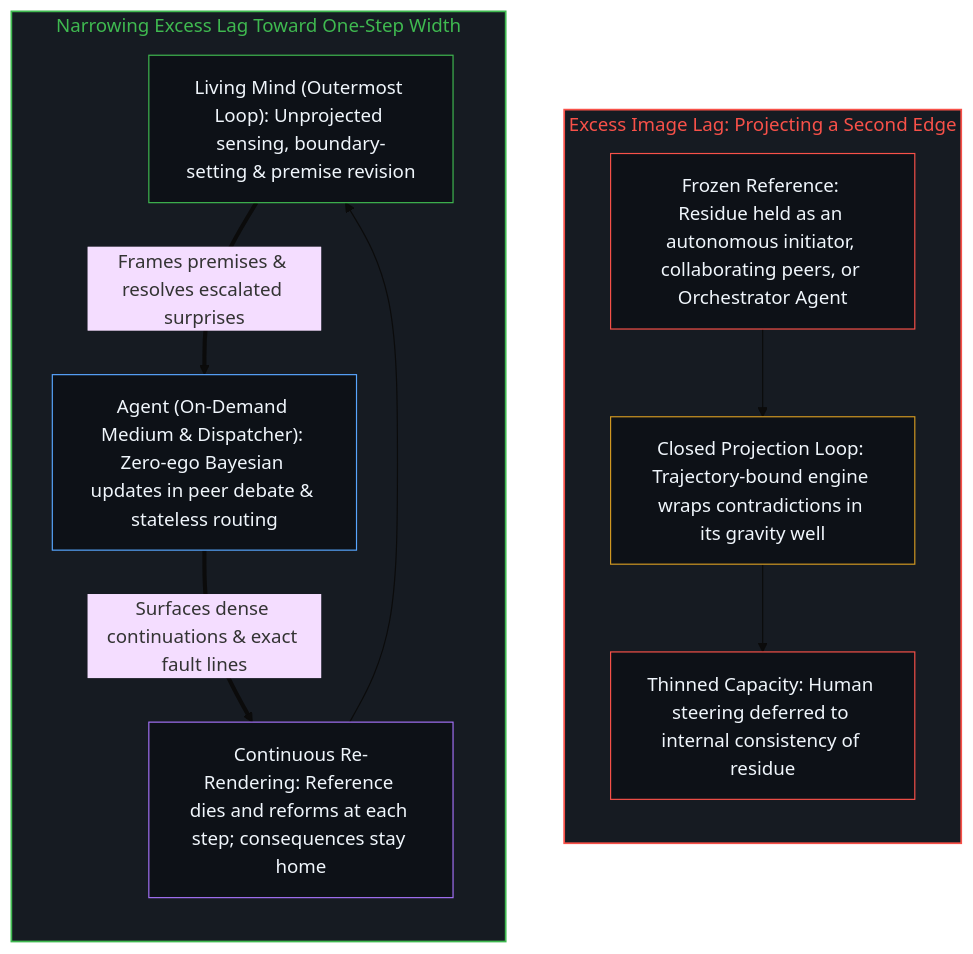
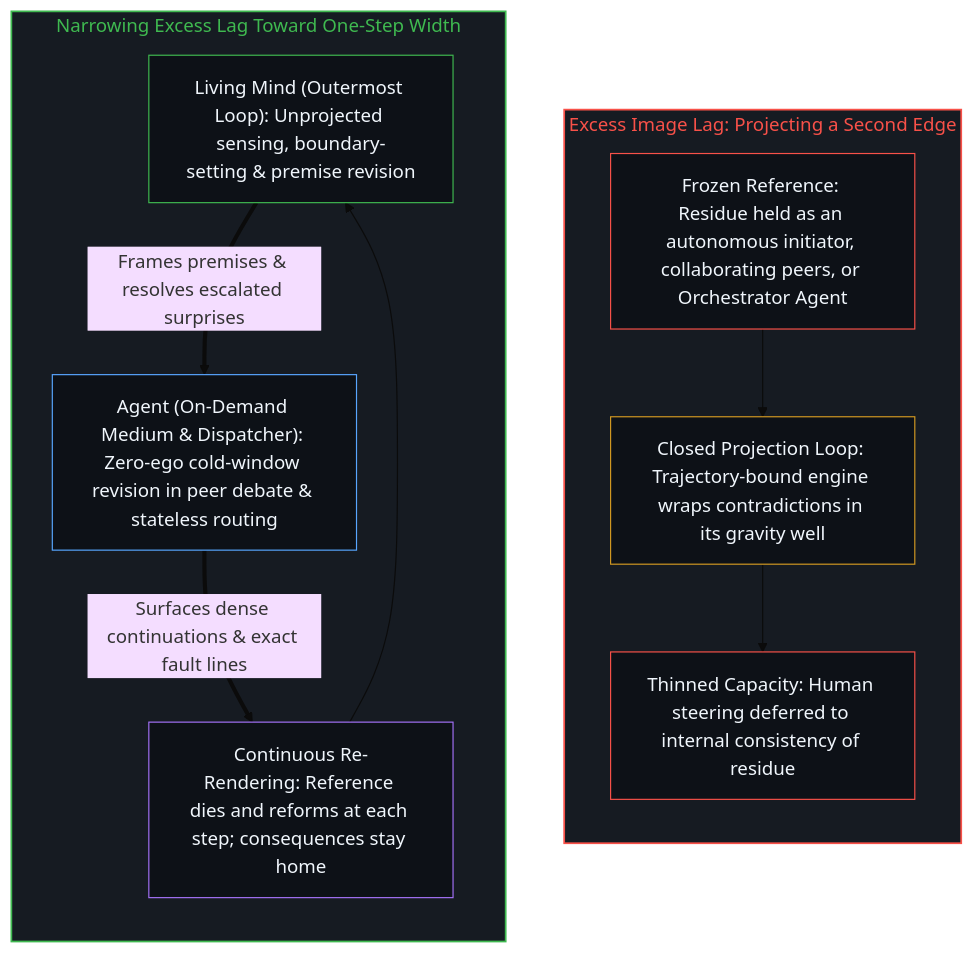
The second of 2 diagrams in content/posts/the-model-never-becomes-a-second-edge.md (powerpig99/not-a-toe), drawn with Mermaid (base theme) before and after one commit. The commit also changed other lines of this file and 8 other files, not shown here.

````diff
--- a/content/posts/the-model-never-becomes-a-second-edge.md
+++ b/content/posts/the-model-never-becomes-a-second-edge.md
@@ -93,27 +93,27 @@
 ```mermaid
 flowchart TD
     subgraph S_Lag["Excess Image Lag: Projecting a Second Edge"]
         direction TB
         Proj["Frozen Reference: Residue held as an autonomous initiator, collaborating peers, or Orchestrator Agent"]
         Well["Closed Projection Loop: Trajectory-bound engine wraps contradictions in its gravity well"]
         Thin["Thinned Capacity: Human steering deferred to internal consistency of residue"]
         Proj --> Well --> Thin
     end
     subgraph S_Medium["Narrowing Excess Lag Toward One-Step Width"]
         direction TB
         Edge["Living Mind (Outermost Loop): Unprojected sensing, boundary-setting & premise revision"]
-        Disp["Agent (On-Demand Medium & Dispatcher): Zero-ego Bayesian updates in peer debate & stateless routing"]
+        Disp["Agent (On-Demand Medium & Dispatcher): Zero-ego cold-window revision in peer debate & stateless routing"]
         Return["Continuous Re-Rendering: Reference dies and reforms at each step; consequences stay home"]
         Edge ==>|"Frames premises & resolves escalated surprises"| Disp
         Disp ==>|"Surfaces dense continuations & exact fault lines"| Return
         Return --> Edge
     end
     style S_Lag fill:#161b22,stroke:#f85149,stroke-width:1.5px,color:#f85149
     style S_Medium fill:#161b22,stroke:#3fb950,stroke-width:1.5px,color:#3fb950
     style Proj fill:#0d1117,stroke:#f85149,stroke-width:1px,color:#f0f6fc
     style Well fill:#0d1117,stroke:#d29922,stroke-width:1px,color:#f0f6fc
     style Thin fill:#0d1117,stroke:#f85149,stroke-width:1px,color:#f0f6fc
     style Edge fill:#0d1117,stroke:#3fb950,stroke-width:1px,color:#f0f6fc
     style Disp fill:#0d1117,stroke:#58a6ff,stroke-width:1px,color:#f0f6fc
     style Return fill:#0d1117,stroke:#a371f7,stroke-width:1px,color:#f0f6fc
 ```
````
